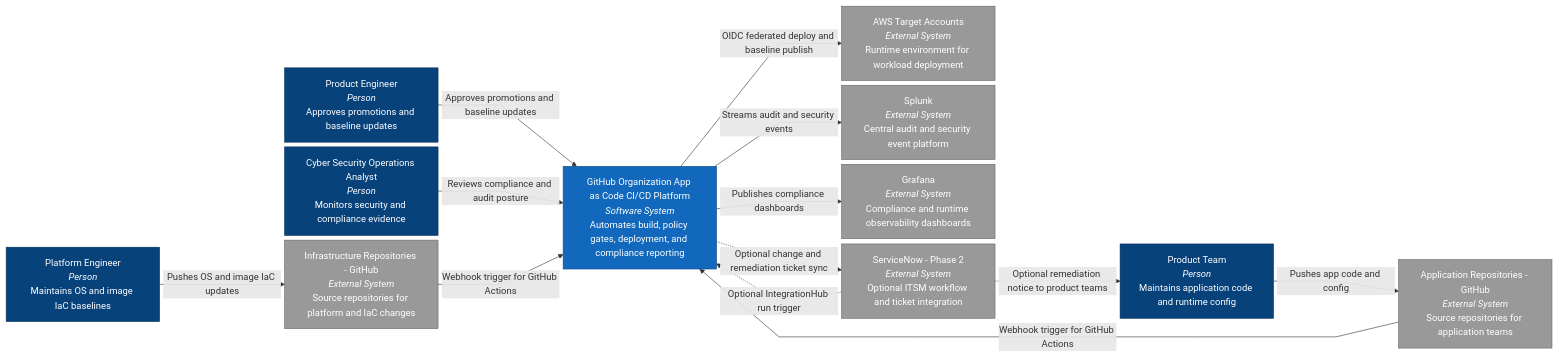
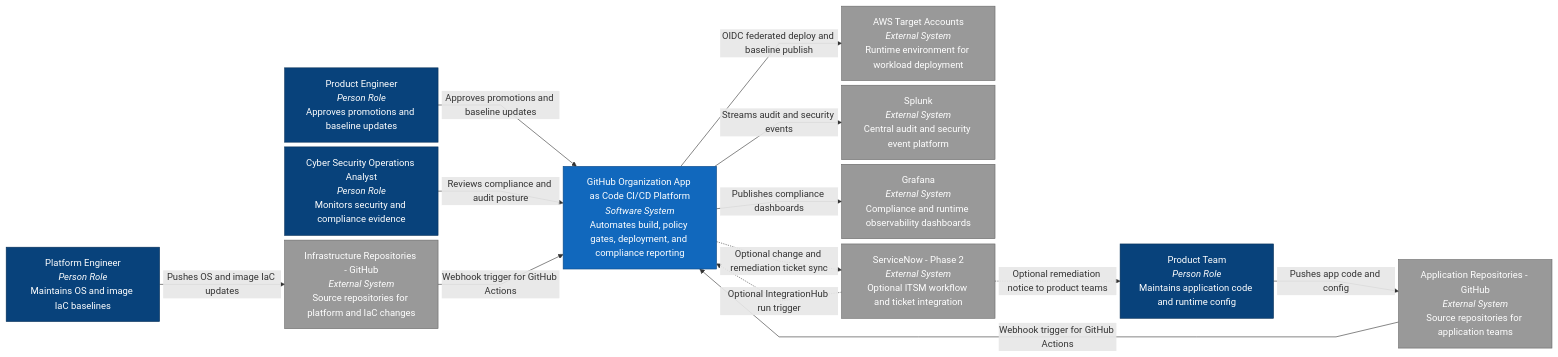
The diagram in architecture/c4-context-drawio.mmd (wingt903/CICD), drawn with Mermaid before and after one commit.

Commit message:
Improve C4 actor labels and node readability

```diff
--- a/architecture/c4-context-drawio.mmd
+++ b/architecture/c4-context-drawio.mmd
@@ -1,46 +1,46 @@
 %%{init: {'themeVariables': {'fontSize': 10}, 'flowchart': {'nodeSpacing': 8, 'rankSpacing': 12, 'diagramPadding': 2, 'curve': 'linear'}}}%%
 graph LR
     %% C4 Context Level 1 - draw.io compatible
     %% People
-    pe[Product Engineer<br/><i>Person</i><br/>Approves promotions and baseline updates]
-    pt[Product Team<br/><i>Person</i><br/>Maintains application code and runtime config]
-    pfe[Platform Engineer<br/><i>Person</i><br/>Maintains OS and image IaC baselines]
-    csoa[Cyber Security Operations Analyst<br/><i>Person</i><br/>Monitors security and compliance evidence]
+    productEngineer[Product Engineer<br/><i>Person Role</i><br/>Approves promotions and baseline updates]
+    productTeam[Product Team<br/><i>Person Role</i><br/>Maintains application code and runtime config]
+    platformEngineer[Platform Engineer<br/><i>Person Role</i><br/>Maintains OS and image IaC baselines]
+    securityAnalyst[Cyber Security Operations Analyst<br/><i>Person Role</i><br/>Monitors security and compliance evidence]
 
     %% System under design
     cicd[GitHub Organization App as Code CI/CD Platform<br/><i>Software System</i><br/>Automates build, policy gates, deployment, and compliance reporting]
 
     %% External systems
     appRepos[Application Repositories - GitHub<br/><i>External System</i><br/>Source repositories for application teams]
     infraRepos[Infrastructure Repositories - GitHub<br/><i>External System</i><br/>Source repositories for platform and IaC changes]
     aws[AWS Target Accounts<br/><i>External System</i><br/>Runtime environment for workload deployment]
     splunk[Splunk<br/><i>External System</i><br/>Central audit and security event platform]
     grafana[Grafana<br/><i>External System</i><br/>Compliance and runtime observability dashboards]
     sn[ServiceNow - Phase 2<br/><i>External System</i><br/>Optional ITSM workflow and ticket integration]
 
     %% Relationships
-    pe -->|Approves promotions and baseline updates| cicd
-    pt -->|Pushes app code and config| appRepos
-    pfe -->|Pushes OS and image IaC updates| infraRepos
-    csoa -->|Reviews compliance and audit posture| cicd
+    productEngineer -->|Approves promotions and baseline updates| cicd
+    productTeam -->|Pushes app code and config| appRepos
+    platformEngineer -->|Pushes OS and image IaC updates| infraRepos
+    securityAnalyst -->|Reviews compliance and audit posture| cicd
     appRepos -->|Webhook trigger for GitHub Actions| cicd
     infraRepos -->|Webhook trigger for GitHub Actions| cicd
     cicd -->|OIDC federated deploy and baseline publish| aws
     cicd -->|Streams audit and security events| splunk
     cicd -->|Publishes compliance dashboards| grafana
     cicd -.->|Optional change and remediation ticket sync| sn
     sn -.->|Optional IntegrationHub run trigger| cicd
-    sn -.->|Optional remediation notice to product teams| pt
+    sn -.->|Optional remediation notice to product teams| productTeam
 
     %% Styling
     style cicd fill:#1168BD,color:#ffffff,stroke:#0b4884
-    style pe fill:#08427B,color:#ffffff,stroke:#052E56
-    style pt fill:#08427B,color:#ffffff,stroke:#052E56
-    style pfe fill:#08427B,color:#ffffff,stroke:#052E56
-    style csoa fill:#08427B,color:#ffffff,stroke:#052E56
+    style productEngineer fill:#08427B,color:#ffffff,stroke:#052E56
+    style productTeam fill:#08427B,color:#ffffff,stroke:#052E56
+    style platformEngineer fill:#08427B,color:#ffffff,stroke:#052E56
+    style securityAnalyst fill:#08427B,color:#ffffff,stroke:#052E56
     style appRepos fill:#999999,color:#ffffff,stroke:#666666
     style infraRepos fill:#999999,color:#ffffff,stroke:#666666
     style aws fill:#999999,color:#ffffff,stroke:#666666
     style splunk fill:#999999,color:#ffffff,stroke:#666666
     style grafana fill:#999999,color:#ffffff,stroke:#666666
     style sn fill:#999999,color:#ffffff,stroke:#666666
```
